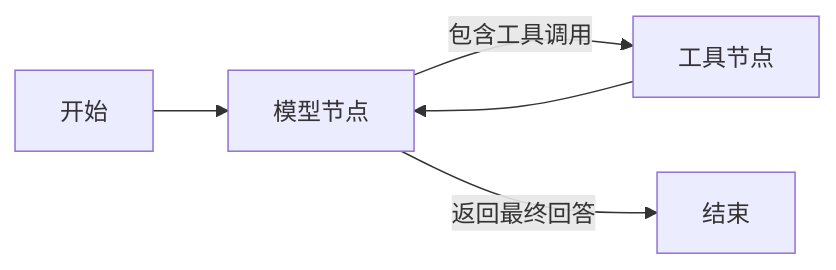
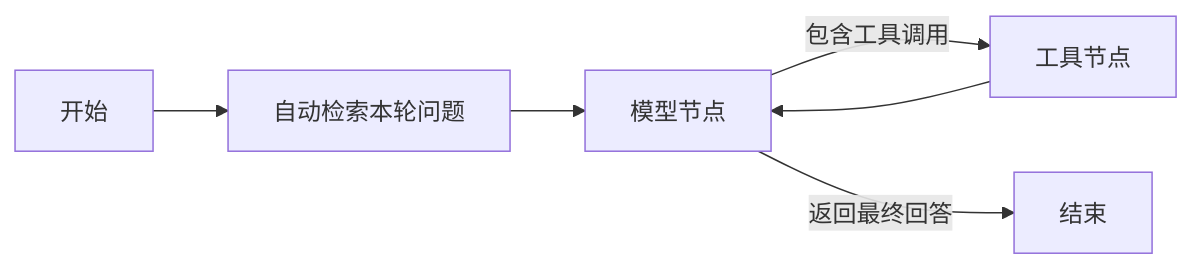
Before and after one commit to wqyn2157/lab-agent: the second of 2 diagrams in docs/ARCHITECTURE.md, drawn with Mermaid. The commit also changed other lines of this file and 7 other files, not shown here.

````diff
--- a/docs/ARCHITECTURE.md
+++ b/docs/ARCHITECTURE.md
@@ -110,7 +110,8 @@
 ```mermaid
 flowchart LR
-    START["开始"] --> AGENT["模型节点"]
+    START["开始"] --> RETRIEVE["自动检索本轮问题"]
+    RETRIEVE --> AGENT["模型节点"]
     AGENT -->|"包含工具调用"| TOOLS["工具节点"]
     TOOLS --> AGENT
     AGENT -->|"返回最终回答"| END["结束"]
 ```
````
